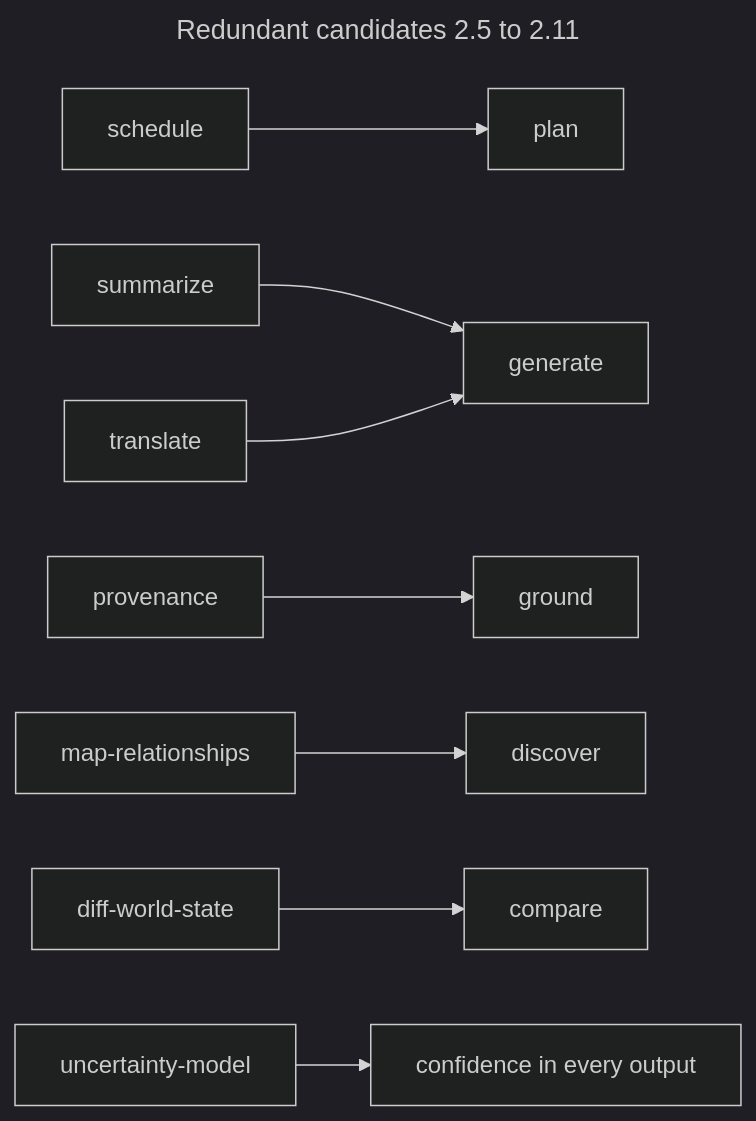
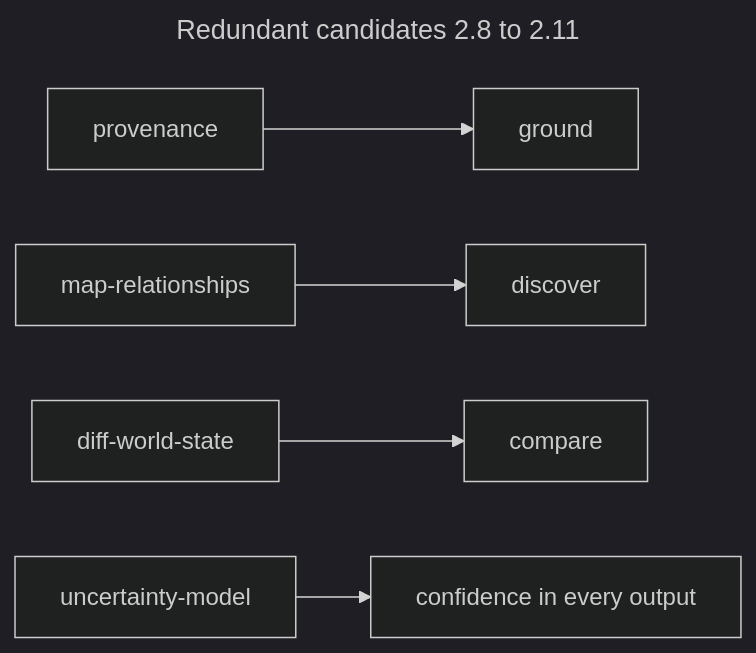
One commit to synaptiai/agent-capability-standard changed the eighth of 12 diagrams in docs/methodology/REJECTED_CANDIDATES.md. Above: the diagram before and after it, drawn with Mermaid (dark theme). The commit also changed other lines of this file, not shown here.

First line of the commit message:
docs: place the rejected compositions beside their decompositions, and split two diagrams

````diff
--- a/docs/methodology/REJECTED_CANDIDATES.md
+++ b/docs/methodology/REJECTED_CANDIDATES.md
@@ -358,14 +374,11 @@
 ```mermaid
 ---
-title: Redundant candidates 2.5 to 2.11
+title: Redundant candidates 2.8 to 2.11
 ---
 flowchart LR
-  accDescr: schedule is merged into plan, summarize and translate into generate, provenance into ground, map-relationships into discover, diff-world-state into compare, and uncertainty-model becomes the confidence every capability outputs.
-  schedule_c[schedule] --> plan
-  summarize_c[summarize] --> generate
-  translate_c[translate] --> generate
+  accDescr: provenance is merged into ground, map-relationships into discover and diff-world-state into compare, and uncertainty-model becomes the confidence every capability outputs.
   provenance_c[provenance] --> ground
   maprel[map-relationships] --> discover
   diffws[diff-world-state] --> compare
   unc[uncertainty-model] --> conf["confidence in every output"]
 ```
````
